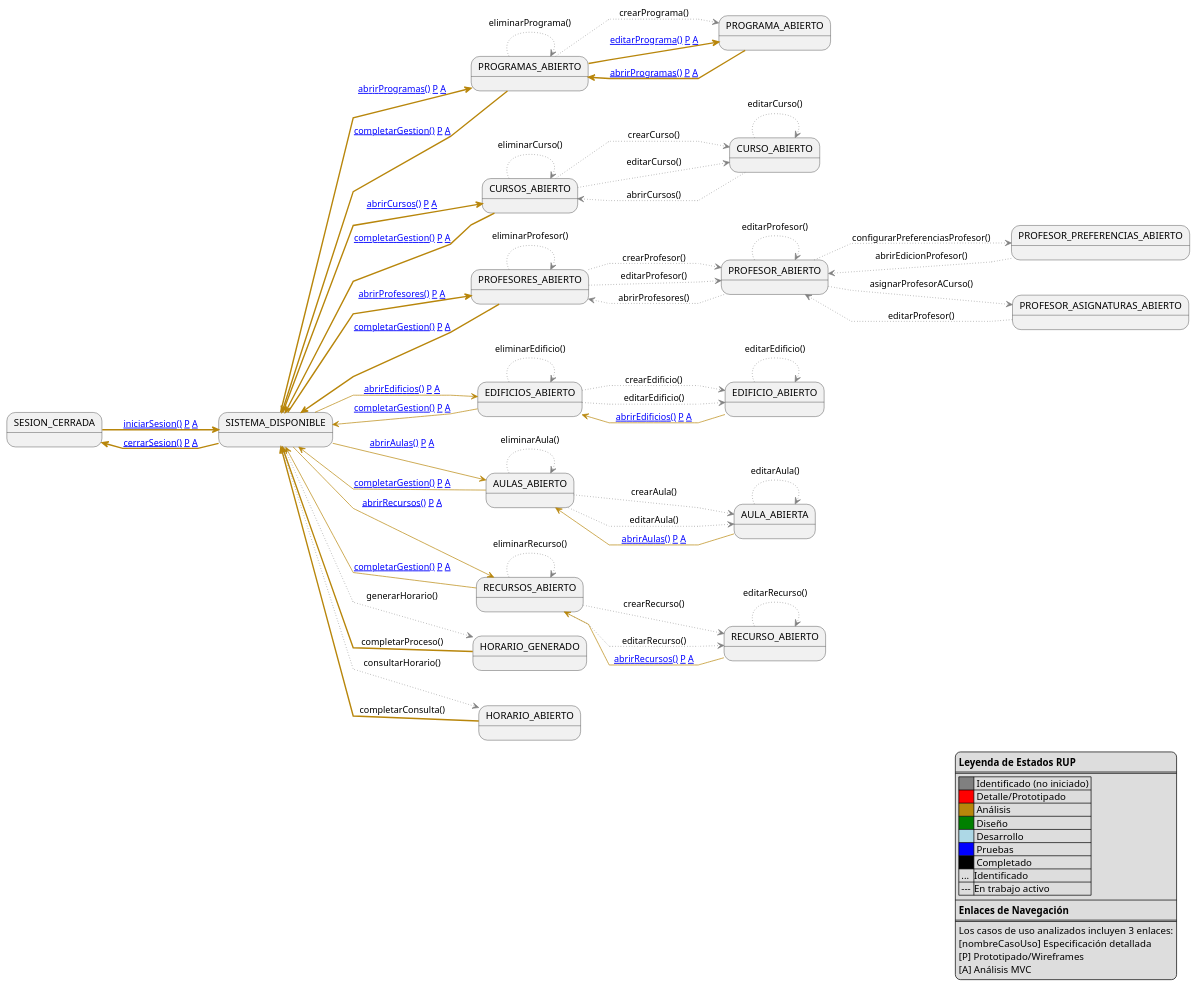
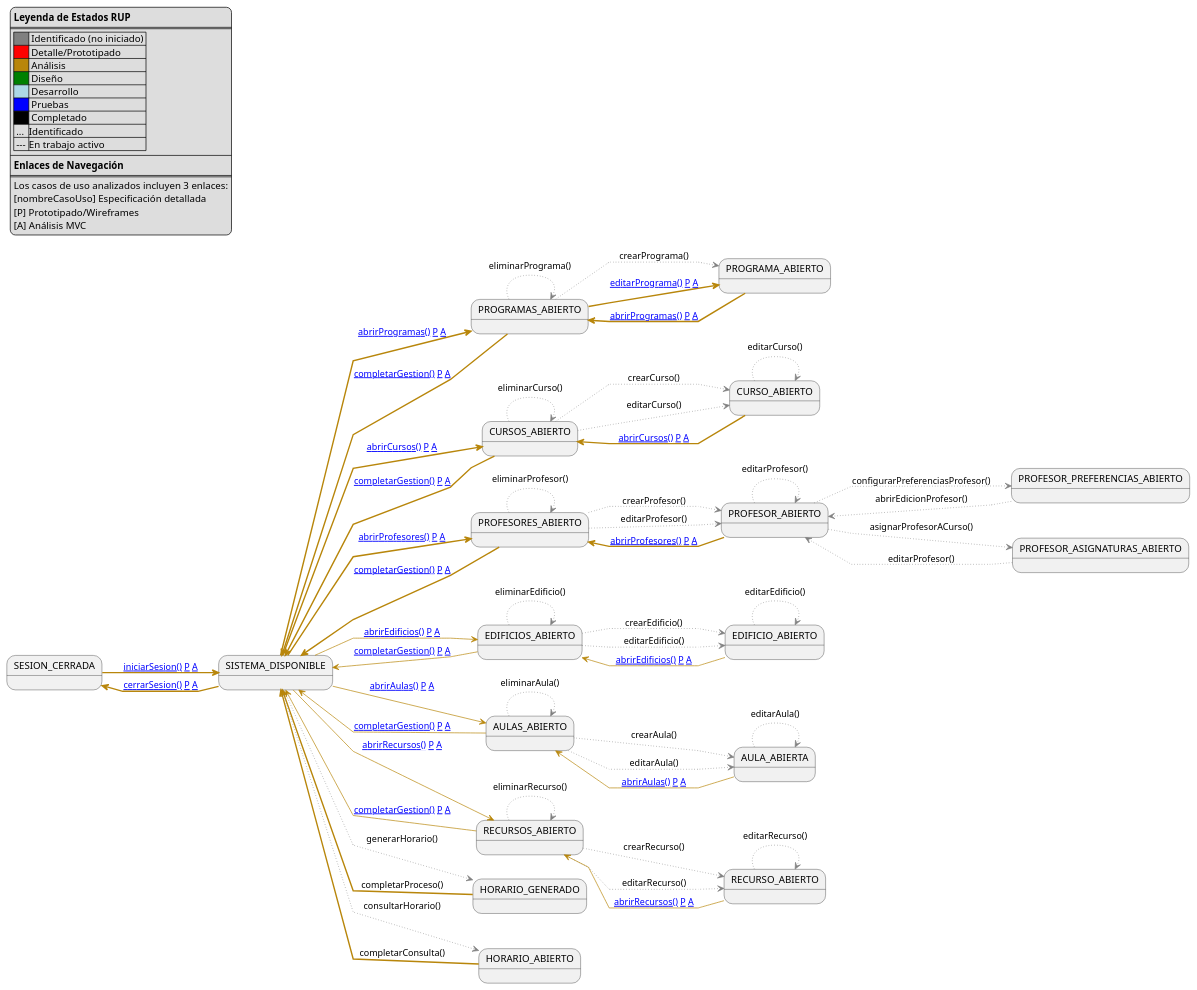
One commit to Hexcss/scheduler changed the diagram in RUP/99-seguimiento/diagrama-contexto-administrador.puml. Above: the diagram before and after it, drawn with PlantUML. The commit also changed 1 other file, not shown here.

Commit message:
feat(diagrama): agregar enlaces de navegación a abrirCursos y abrirProfesores

```diff
--- a/RUP/99-seguimiento/diagrama-contexto-administrador.puml
+++ b/RUP/99-seguimiento/diagrama-contexto-administrador.puml
@@ -1,102 +1,102 @@
 @startuml diagrama-contexto-administrador
 
 left to right direction
 skinparam linetype polyline
 
-legend bottom right
+legend top left
     **Leyenda de Estados RUP**
     ====
     |<#gray>     | Identificado (no iniciado) |
     |<#red>      | Detalle/Prototipado |
     |<#darkgoldenrod>| Análisis |
     |<#green>    | Diseño |
     |<#lightblue>| Desarrollo |
     |<#blue>     | Pruebas |
     |<#black>    | Completado |
     | ... |Identificado|
     | --- |En trabajo activo|
     ----
     **Enlaces de Navegación**
     ====
     Los casos de uso analizados incluyen 3 enlaces:
     [nombreCasoUso] Especificación detallada
     [P] Prototipado/Wireframes  
     [A] Análisis MVC
 end legend
 
 state "SESION_CERRADA" as NoAuth
 state "SISTEMA_DISPONIBLE" as Menu
 
 state "PROGRAMAS_ABIERTO" as ListProgramas
 state "PROGRAMA_ABIERTO" as EditPrograma
 state "CURSOS_ABIERTO" as ListCursos
 state "CURSO_ABIERTO" as EditCurso
 state "PROFESORES_ABIERTO" as ListProfesores
 state "PROFESOR_ABIERTO" as EditProfesor
 state "PROFESOR_PREFERENCIAS_ABIERTO" as EditProfesorPreferencias
 state "EDIFICIOS_ABIERTO" as ListEdificios
 state "EDIFICIO_ABIERTO" as EditEdificio
 state "AULAS_ABIERTO" as ListAulas
 state "AULA_ABIERTA" as EditAula
 state "RECURSOS_ABIERTO" as ListRecursos
 state "RECURSO_ABIERTO" as EditRecurso
 
 state "PROFESOR_ASIGNATURAS_ABIERTO" as Asignaciones
 state "HORARIO_GENERADO" as Generacion
 state "HORARIO_ABIERTO" as Consulta
 
 NoAuth -[#darkgoldenrod,thickness=2]-> Menu: [[https://github.com/mmasias/pySigHor/blob/main/RUP/00-casos-uso/02-detalle/iniciarSesion/README.md iniciarSesion()]] [[https://github.com/mmasias/pySigHor/blob/main/RUP/00-casos-uso/02-detalle/iniciarSesion/prototipo.puml P]] [[https://github.com/mmasias/pySigHor/blob/main/RUP/01-analisis/casos-uso/iniciarSesion/README.md A]]
 
 Menu -[#darkgoldenrod,thickness=2]-> NoAuth: [[https://github.com/mmasias/pySigHor/blob/main/RUP/00-casos-uso/02-detalle/cerrarSesion/README.md cerrarSesion()]] [[https://github.com/mmasias/pySigHor/blob/main/RUP/00-casos-uso/02-detalle/cerrarSesion/prototipo.puml P]] [[https://github.com/mmasias/pySigHor/blob/main/RUP/01-analisis/casos-uso/cerrarSesion/README.md A]]
 Menu -[#darkgoldenrod,thickness=2]-> ListProgramas: [[https://github.com/mmasias/pySigHor/blob/main/RUP/00-casos-uso/02-detalle/abrirProgramas/README.md abrirProgramas()]] [[https://github.com/mmasias/pySigHor/blob/main/RUP/00-casos-uso/02-detalle/abrirProgramas/prototipo.puml P]] [[https://github.com/mmasias/pySigHor/blob/main/RUP/01-analisis/casos-uso/abrirProgramas/README.md A]]
 Menu -[#darkgoldenrod,thickness=2]-> ListCursos: [[https://github.com/mmasias/pySigHor/blob/main/RUP/00-casos-uso/02-detalle/abrirCursos/README.md abrirCursos()]] [[https://github.com/mmasias/pySigHor/blob/main/RUP/00-casos-uso/02-detalle/abrirCursos/prototipo.puml P]] [[https://github.com/mmasias/pySigHor/blob/main/RUP/01-analisis/casos-uso/abrirCursos/README.md A]]
 Menu -[#darkgoldenrod,thickness=2]-> ListProfesores: [[https://github.com/mmasias/pySigHor/blob/main/RUP/00-casos-uso/02-detalle/abrirProfesores/README.md abrirProfesores()]] [[https://github.com/mmasias/pySigHor/blob/main/RUP/00-casos-uso/02-detalle/abrirProfesores/prototipo.puml P]] [[https://github.com/mmasias/pySigHor/blob/main/RUP/01-analisis/casos-uso/abrirProfesores/README.md A]]
 Menu -[#darkgoldenrod]-> ListEdificios: [[https://github.com/mmasias/pySigHor/blob/main/RUP/00-casos-uso/02-detalle/abrirEdificios/README.md abrirEdificios()]] [[https://github.com/mmasias/pySigHor/blob/main/RUP/00-casos-uso/02-detalle/abrirEdificios/prototipo.puml P]] [[https://github.com/mmasias/pySigHor/blob/main/RUP/01-analisis/casos-uso/abrirEdificios/README.md A]]
 Menu -[#darkgoldenrod]-> ListAulas: [[https://github.com/mmasias/pySigHor/blob/main/RUP/00-casos-uso/02-detalle/abrirAulas/README.md abrirAulas()]] [[https://github.com/mmasias/pySigHor/blob/main/RUP/00-casos-uso/02-detalle/abrirAulas/prototipo.puml P]] [[https://github.com/mmasias/pySigHor/blob/main/RUP/01-analisis/casos-uso/abrirAulas/README.md A]]
 Menu -[#darkgoldenrod]-> ListRecursos: [[https://github.com/mmasias/pySigHor/blob/main/RUP/00-casos-uso/02-detalle/abrirRecursos/README.md abrirRecursos()]] [[https://github.com/mmasias/pySigHor/blob/main/RUP/00-casos-uso/02-detalle/abrirRecursos/prototipo.puml P]] [[https://github.com/mmasias/pySigHor/blob/main/RUP/01-analisis/casos-uso/abrirRecursos/README.md A]]
 Menu -[#gray,dotted]-> Generacion: generarHorario()
 Menu -[#gray,dotted]-> Consulta: consultarHorario()
 
 EditProfesor -[#gray,dotted]-> Asignaciones: asignarProfesorACurso()
 
 Asignaciones -[#gray,dotted]-> EditProfesor: editarProfesor()
 ListProgramas -[#gray,dotted]-> EditPrograma: crearPrograma()
 ListProgramas -[#darkgoldenrod,thickness=2]-> EditPrograma: [[https://github.com/mmasias/pySigHor/blob/main/RUP/00-casos-uso/02-detalle/editarPrograma/README.md editarPrograma()]] [[https://github.com/mmasias/pySigHor/blob/main/RUP/00-casos-uso/02-detalle/editarPrograma/prototipo.puml P]] [[https://github.com/mmasias/pySigHor/blob/main/RUP/01-analisis/casos-uso/editarPrograma/README.md A]]
 ListProgramas -[#gray,dotted]-> ListProgramas: eliminarPrograma()
 EditPrograma -[#darkgoldenrod,thickness=2]-> ListProgramas: [[https://github.com/mmasias/pySigHor/blob/main/RUP/00-casos-uso/02-detalle/abrirProgramas/README.md abrirProgramas()]] [[https://github.com/mmasias/pySigHor/blob/main/RUP/00-casos-uso/02-detalle/abrirProgramas/prototipo.puml P]] [[https://github.com/mmasias/pySigHor/blob/main/RUP/01-analisis/casos-uso/abrirProgramas/README.md A]]
 ListCursos -[#gray,dotted]-> EditCurso: crearCurso()
 ListCursos -[#gray,dotted]-> EditCurso: editarCurso()
 ListCursos -[#gray,dotted]-> ListCursos: eliminarCurso()
 EditCurso -[#gray,dotted]-> EditCurso: editarCurso()
-EditCurso -[#gray,dotted]-> ListCursos: abrirCursos()
+EditCurso -[#darkgoldenrod,thickness=2]-> ListCursos: [[https://github.com/mmasias/pySigHor/blob/main/RUP/00-casos-uso/02-detalle/abrirCursos/README.md abrirCursos()]] [[https://github.com/mmasias/pySigHor/blob/main/RUP/00-casos-uso/02-detalle/abrirCursos/prototipo.puml P]] [[https://github.com/mmasias/pySigHor/blob/main/RUP/01-analisis/casos-uso/abrirCursos/README.md A]]
 ListProfesores -[#gray,dotted]-> EditProfesor: crearProfesor()
 ListProfesores -[#gray,dotted]-> EditProfesor: editarProfesor()
 ListProfesores -[#gray,dotted]-> ListProfesores: eliminarProfesor()
 EditProfesor -[#gray,dotted]-> EditProfesor: editarProfesor()
 EditProfesor -[#gray,dotted]-> EditProfesorPreferencias: configurarPreferenciasProfesor()
-EditProfesor -[#gray,dotted]-> ListProfesores: abrirProfesores()
+EditProfesor -[#darkgoldenrod,thickness=2]-> ListProfesores: [[https://github.com/mmasias/pySigHor/blob/main/RUP/00-casos-uso/02-detalle/abrirProfesores/README.md abrirProfesores()]] [[https://github.com/mmasias/pySigHor/blob/main/RUP/00-casos-uso/02-detalle/abrirProfesores/prototipo.puml P]] [[https://github.com/mmasias/pySigHor/blob/main/RUP/01-analisis/casos-uso/abrirProfesores/README.md A]]
 EditProfesorPreferencias -[#gray,dotted]-> EditProfesor: abrirEdicionProfesor()
 ListEdificios -[#gray,dotted]-> EditEdificio: crearEdificio()
 ListEdificios -[#gray,dotted]-> EditEdificio: editarEdificio()
 ListEdificios -[#gray,dotted]-> ListEdificios: eliminarEdificio()
 EditEdificio -[#gray,dotted]-> EditEdificio: editarEdificio()
 EditEdificio -[#darkgoldenrod]-> ListEdificios: [[https://github.com/mmasias/pySigHor/blob/main/RUP/00-casos-uso/02-detalle/abrirEdificios/README.md abrirEdificios()]] [[https://github.com/mmasias/pySigHor/blob/main/RUP/00-casos-uso/02-detalle/abrirEdificios/prototipo.puml P]] [[https://github.com/mmasias/pySigHor/blob/main/RUP/01-analisis/casos-uso/abrirEdificios/README.md A]]
 ListAulas -[#gray,dotted]-> EditAula: crearAula()
 ListAulas -[#gray,dotted]-> EditAula: editarAula()
 ListAulas -[#gray,dotted]-> ListAulas: eliminarAula()
 EditAula -[#gray,dotted]-> EditAula: editarAula()
 EditAula -[#darkgoldenrod]-> ListAulas: [[https://github.com/mmasias/pySigHor/blob/main/RUP/00-casos-uso/02-detalle/abrirAulas/README.md abrirAulas()]] [[https://github.com/mmasias/pySigHor/blob/main/RUP/00-casos-uso/02-detalle/abrirAulas/prototipo.puml P]] [[https://github.com/mmasias/pySigHor/blob/main/RUP/01-analisis/casos-uso/abrirAulas/README.md A]]
 ListRecursos -[#gray,dotted]-> EditRecurso: crearRecurso()
 ListRecursos -[#gray,dotted]-> EditRecurso: editarRecurso()
 ListRecursos -[#gray,dotted]-> ListRecursos: eliminarRecurso()
 EditRecurso -[#gray,dotted]-> EditRecurso: editarRecurso()
 EditRecurso -[#darkgoldenrod]-> ListRecursos: [[https://github.com/mmasias/pySigHor/blob/main/RUP/00-casos-uso/02-detalle/abrirRecursos/README.md abrirRecursos()]] [[https://github.com/mmasias/pySigHor/blob/main/RUP/00-casos-uso/02-detalle/abrirRecursos/prototipo.puml P]] [[https://github.com/mmasias/pySigHor/blob/main/RUP/01-analisis/casos-uso/abrirRecursos/README.md A]]
 ListProgramas -[#darkgoldenrod,thickness=2]-> Menu: [[https://github.com/mmasias/pySigHor/blob/main/RUP/00-casos-uso/02-detalle/completarGestion/README.md completarGestion()]] [[https://github.com/mmasias/pySigHor/blob/main/RUP/00-casos-uso/02-detalle/completarGestion/prototipo.puml P]] [[https://github.com/mmasias/pySigHor/blob/main/RUP/01-analisis/casos-uso/completarGestion/README.md A]]
 ListCursos -[#darkgoldenrod,thickness=2]-> Menu: [[https://github.com/mmasias/pySigHor/blob/main/RUP/00-casos-uso/02-detalle/completarGestion/README.md completarGestion()]] [[https://github.com/mmasias/pySigHor/blob/main/RUP/00-casos-uso/02-detalle/completarGestion/prototipo.puml P]] [[https://github.com/mmasias/pySigHor/blob/main/RUP/01-analisis/casos-uso/completarGestion/README.md A]]
 ListProfesores -[#darkgoldenrod,thickness=2]-> Menu: [[https://github.com/mmasias/pySigHor/blob/main/RUP/00-casos-uso/02-detalle/completarGestion/README.md completarGestion()]] [[https://github.com/mmasias/pySigHor/blob/main/RUP/00-casos-uso/02-detalle/completarGestion/prototipo.puml P]] [[https://github.com/mmasias/pySigHor/blob/main/RUP/01-analisis/casos-uso/completarGestion/README.md A]]
 ListEdificios -[#darkgoldenrod]-> Menu: [[https://github.com/mmasias/pySigHor/blob/main/RUP/00-casos-uso/02-detalle/completarGestion/README.md completarGestion()]] [[https://github.com/mmasias/pySigHor/blob/main/RUP/00-casos-uso/02-detalle/completarGestion/prototipo.puml P]] [[https://github.com/mmasias/pySigHor/blob/main/RUP/01-analisis/casos-uso/completarGestion/README.md A]]
 ListAulas -[#darkgoldenrod]-> Menu: [[https://github.com/mmasias/pySigHor/blob/main/RUP/00-casos-uso/02-detalle/completarGestion/README.md completarGestion()]] [[https://github.com/mmasias/pySigHor/blob/main/RUP/00-casos-uso/02-detalle/completarGestion/prototipo.puml P]] [[https://github.com/mmasias/pySigHor/blob/main/RUP/01-analisis/casos-uso/completarGestion/README.md A]]
 ListRecursos -[#darkgoldenrod]-> Menu: [[https://github.com/mmasias/pySigHor/blob/main/RUP/00-casos-uso/02-detalle/completarGestion/README.md completarGestion()]] [[https://github.com/mmasias/pySigHor/blob/main/RUP/00-casos-uso/02-detalle/completarGestion/prototipo.puml P]] [[https://github.com/mmasias/pySigHor/blob/main/RUP/01-analisis/casos-uso/completarGestion/README.md A]]
 Generacion -[#darkgoldenrod,thickness=2]-> Menu: completarProceso()
 Consulta -[#darkgoldenrod,thickness=2]-> Menu: completarConsulta()
 @enduml
```
